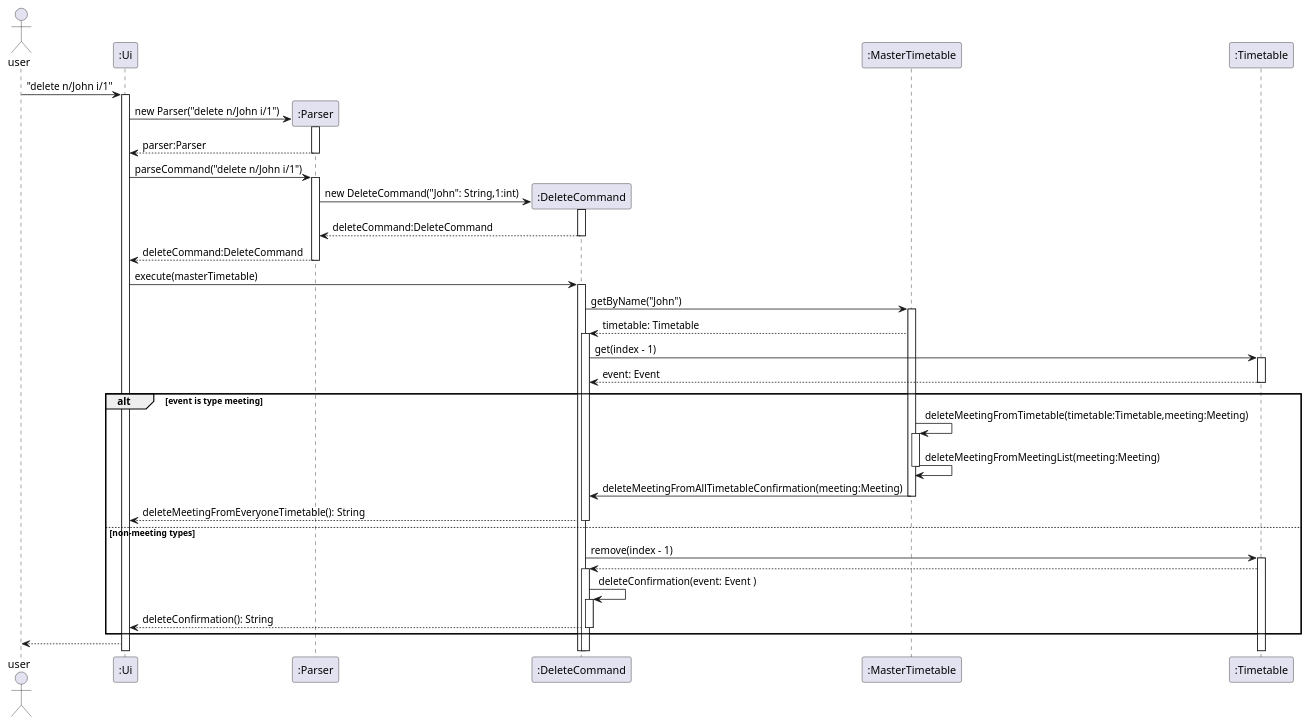
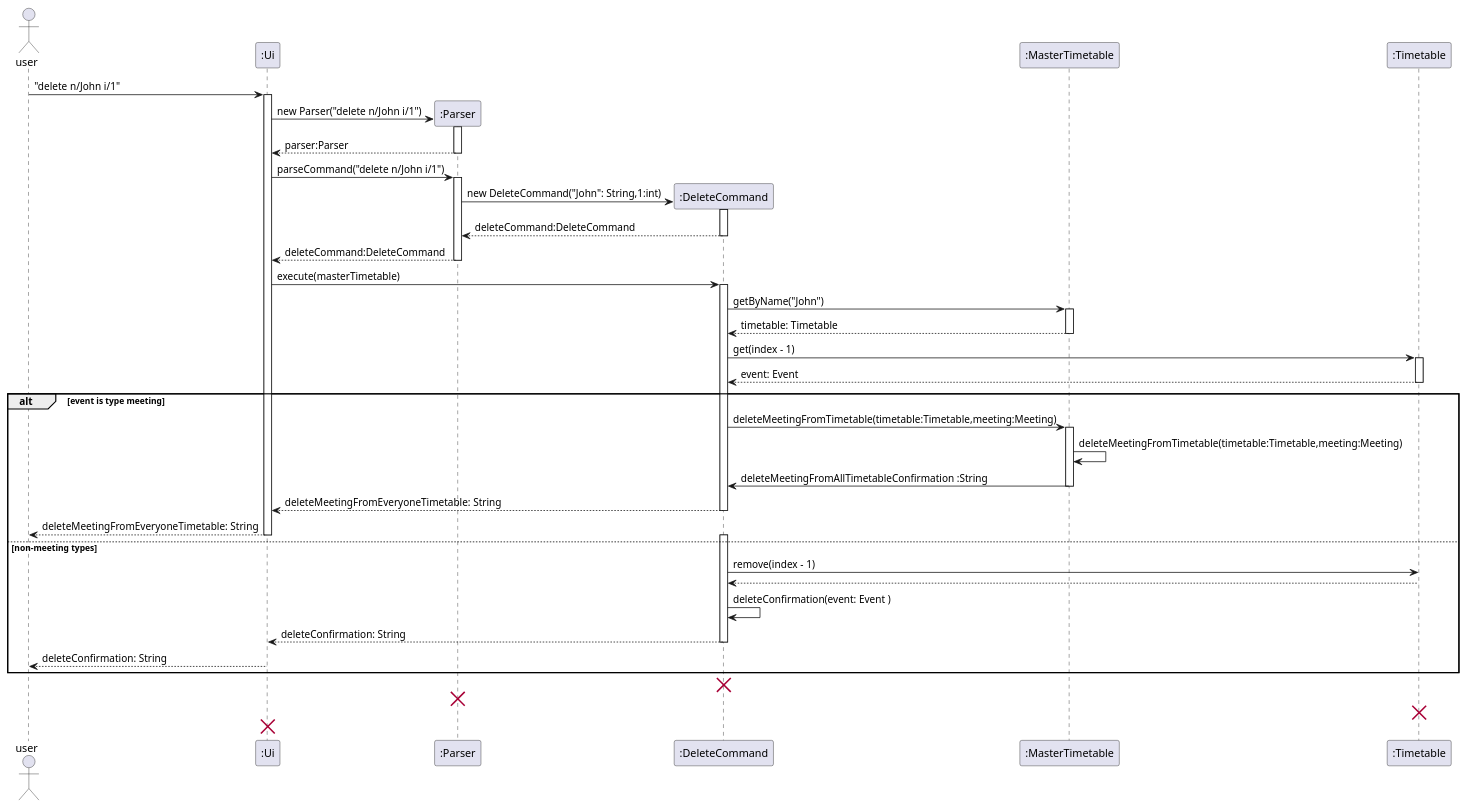
Before and after one commit to nus-cs2113-AY2122S2/tp: the diagram in docs/diagrams/DeleteCommandSequenceDiagram.puml, drawn with PlantUML.

Commit message:
Update sequence diagram of delete command

```diff
--- a/docs/diagrams/DeleteCommandSequenceDiagram.puml
+++ b/docs/diagrams/DeleteCommandSequenceDiagram.puml
@@ -1,30 +1,37 @@
 @startuml
 actor user
 
 user -> ":Ui" ++ : "delete n/John i/1"
 create ":Parser"
 ":Ui" -> ":Parser" ++: new Parser("delete n/John i/1")
 ":Parser" --> ":Ui" --: parser:Parser
 ":Ui" -> ":Parser" ++: parseCommand("delete n/John i/1")
 create ":DeleteCommand"
 ":Parser" -> ":DeleteCommand" ++: new DeleteCommand("John": String,1:int)
 ":DeleteCommand" --> ":Parser" --: deleteCommand:DeleteCommand
 ":Parser" --> ":Ui" --: deleteCommand:DeleteCommand
 ":Ui" -> ":DeleteCommand" ++: execute(masterTimetable)
 ":DeleteCommand" -> ":MasterTimetable" ++: getByName("John")
-":MasterTimetable" --> ":DeleteCommand" ++ : timetable: Timetable
+":MasterTimetable" --> ":DeleteCommand" -- : timetable: Timetable
 ":DeleteCommand" -> ":Timetable" ++: get(index - 1)
 ":Timetable" --> ":DeleteCommand" -- : event: Event
 alt event is type meeting
-":MasterTimetable" -> ":MasterTimetable" ++: deleteMeetingFromTimetable(timetable:Timetable,meeting:Meeting)
-":MasterTimetable" -> ":MasterTimetable" --: deleteMeetingFromMeetingList(meeting:Meeting)
-":MasterTimetable" -> ":DeleteCommand" --: deleteMeetingFromAllTimetableConfirmation(meeting:Meeting)
-":DeleteCommand" --> ":Ui" --: deleteMeetingFromEveryoneTimetable(): String
+":DeleteCommand" -> ":MasterTimetable" ++: deleteMeetingFromTimetable(timetable:Timetable,meeting:Meeting)
+":MasterTimetable" -> ":MasterTimetable" : deleteMeetingFromTimetable(timetable:Timetable,meeting:Meeting)
+":MasterTimetable" -> ":DeleteCommand" --: deleteMeetingFromAllTimetableConfirmation :String
+":DeleteCommand" --> ":Ui" --: deleteMeetingFromEveryoneTimetable: String
+":Ui" --> "user" --: deleteMeetingFromEveryoneTimetable: String
+
 else non-meeting types
-":DeleteCommand" -> ":Timetable" ++: remove(index - 1)
-":Timetable" --> ":DeleteCommand" ++:
-":DeleteCommand" -> ":DeleteCommand" ++: deleteConfirmation(event: Event )
-":DeleteCommand" --> ":Ui" --: deleteConfirmation(): String
+activate ":DeleteCommand"
+":DeleteCommand" -> ":Timetable" : remove(index - 1)
+":Timetable" --> ":DeleteCommand" --:
+":DeleteCommand" -> ":DeleteCommand" : deleteConfirmation(event: Event )
+":DeleteCommand" --> ":Ui" --: deleteConfirmation: String
+":Ui" --> "user" --: deleteConfirmation: String
 end
-":Ui" -->  user
+destroy ":DeleteCommand"
+destroy ":Parser"
+destroy ":Timetable"
+destroy ":Ui"
 @enduml
```
